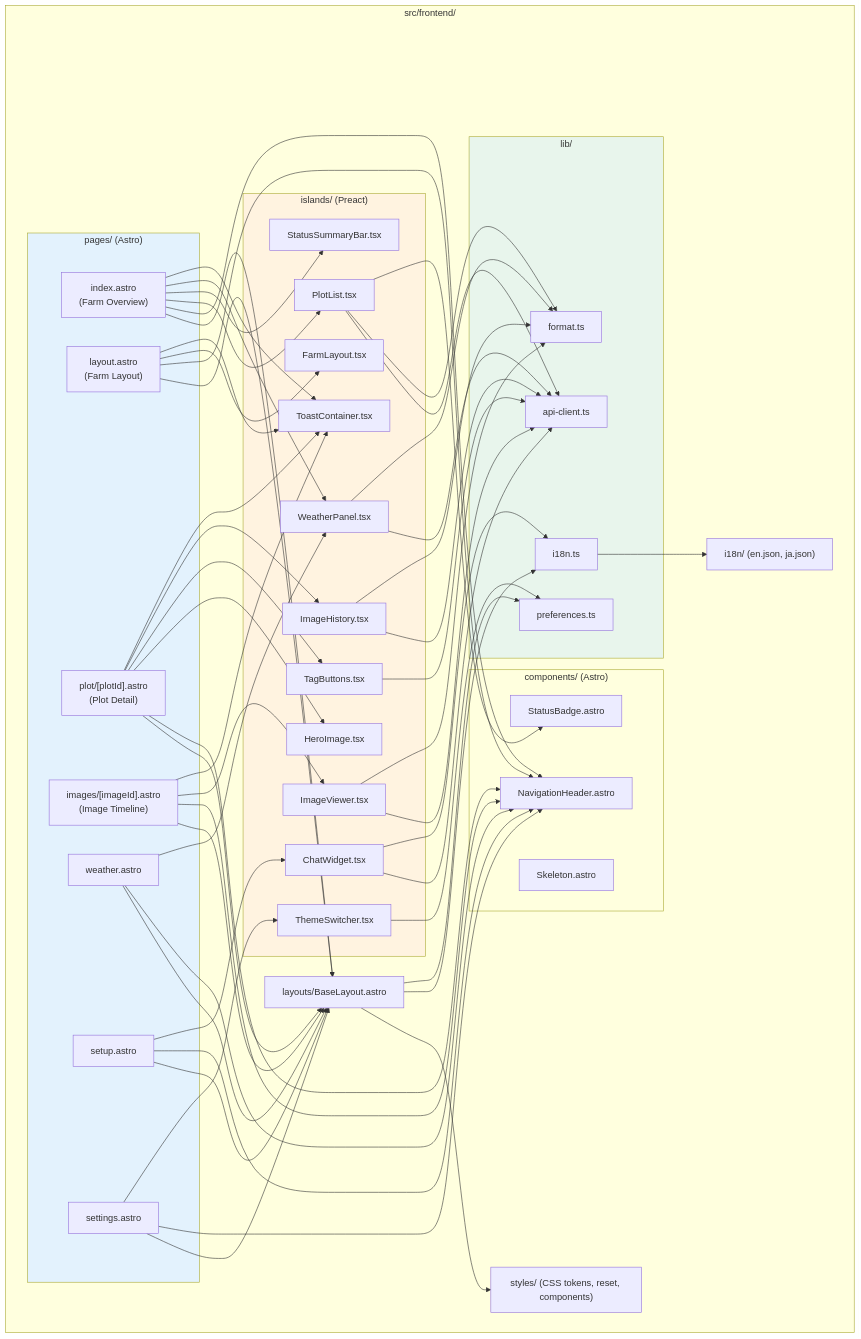
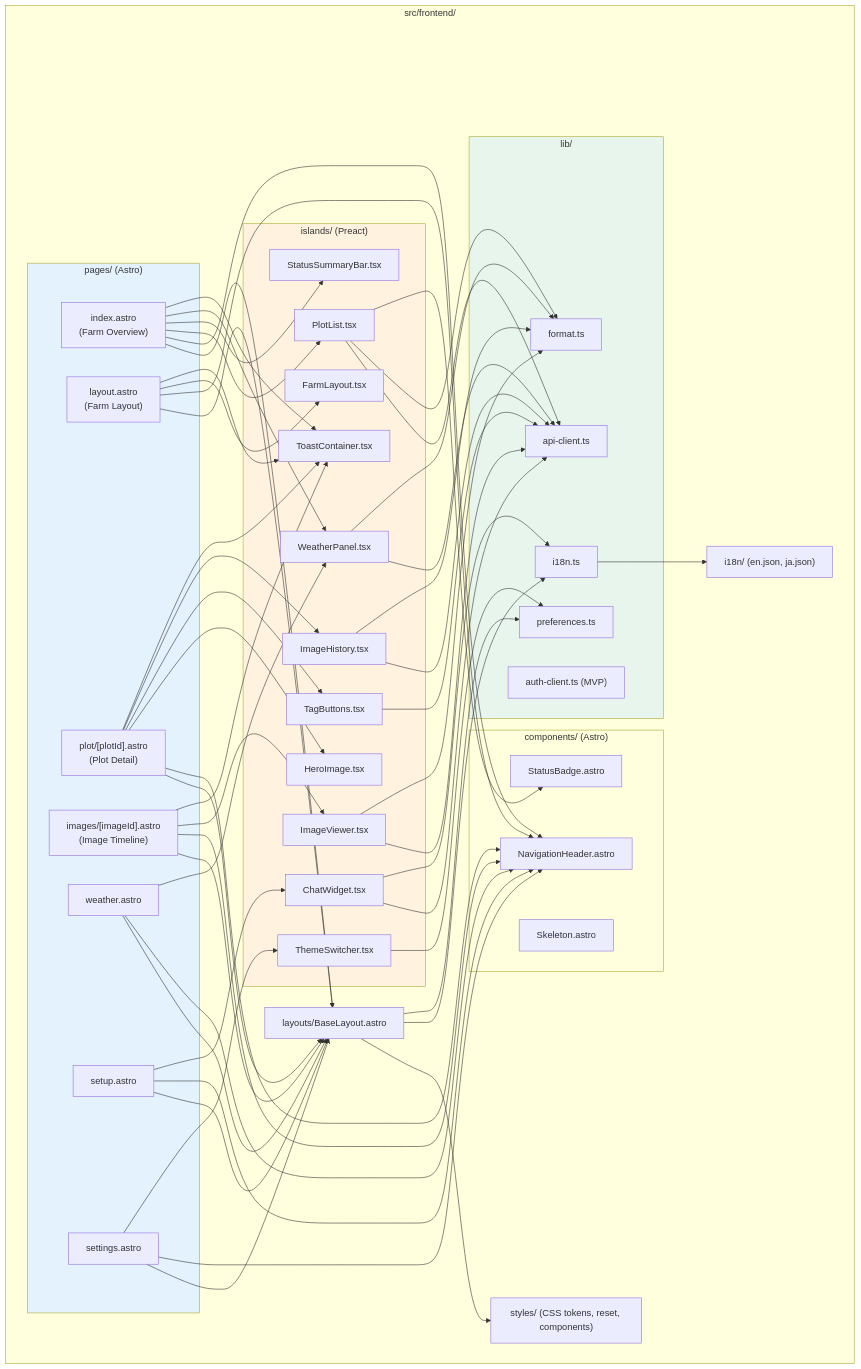
Diagram 19 of 19 in docs/SYSTEM-DESIGN.md (ashmuk/litcrop-public), drawn with Mermaid before and after one commit. The commit also changed other lines of this file and 8 other files, not shown here.

````diff
--- a/docs/SYSTEM-DESIGN.md
+++ b/docs/SYSTEM-DESIGN.md
@@ -1077,69 +1361,70 @@
 ```mermaid
 graph TD
     subgraph Frontend["src/frontend/"]
         subgraph Pages["pages/ (Astro)"]
             P_HOME["index.astro<br/>(Farm Overview)"]
             P_LAYOUT["layout.astro<br/>(Farm Layout)"]
             P_PLOT["plot/[plotId].astro<br/>(Plot Detail)"]
             P_IMAGE["images/[imageId].astro<br/>(Image Timeline)"]
             P_WEATHER["weather.astro"]
             P_SETUP["setup.astro"]
             P_SETTINGS["settings.astro"]
         end
 
         subgraph Islands["islands/ (Preact)"]
             I_PLOTLIST["PlotList.tsx"]
             I_STATUSBAR["StatusSummaryBar.tsx"]
             I_FARMLAY["FarmLayout.tsx"]
             I_HERO["HeroImage.tsx"]
             I_TAGS["TagButtons.tsx"]
             I_HISTORY["ImageHistory.tsx"]
             I_VIEWER["ImageViewer.tsx"]
             I_WEATHER["WeatherPanel.tsx"]
             I_CHAT["ChatWidget.tsx"]
             I_THEME["ThemeSwitcher.tsx"]
             I_TOAST["ToastContainer.tsx"]
         end
 
         subgraph Components["components/ (Astro)"]
             C_HEADER["NavigationHeader.astro"]
             C_SKELETON["Skeleton.astro"]
             C_BADGE["StatusBadge.astro"]
         end
 
         subgraph Lib["lib/"]
             L_API["api-client.ts"]
+            L_AUTH["auth-client.ts (MVP)"]
             L_I18N["i18n.ts"]
             L_PREFS["preferences.ts"]
             L_FORMAT["format.ts"]
         end
 
         LAYOUT["layouts/BaseLayout.astro"]
         STYLES["styles/ (CSS tokens, reset, components)"]
         I18N_FILES["i18n/ (en.json, ja.json)"]
     end
 
     P_HOME --> LAYOUT & C_HEADER & I_PLOTLIST & I_STATUSBAR & I_WEATHER & I_TOAST
     P_LAYOUT --> LAYOUT & C_HEADER & I_FARMLAY & I_TOAST
     P_PLOT --> LAYOUT & C_HEADER & I_HERO & I_TAGS & I_HISTORY & I_TOAST
     P_IMAGE --> LAYOUT & C_HEADER & I_VIEWER & I_TOAST
     P_WEATHER --> LAYOUT & C_HEADER & I_WEATHER
     P_SETUP --> LAYOUT & C_HEADER & I_CHAT
     P_SETTINGS --> LAYOUT & C_HEADER & I_THEME
 
     LAYOUT --> STYLES & L_I18N & L_PREFS
 
     I_PLOTLIST --> L_API & L_FORMAT & C_BADGE
     I_TAGS --> L_API
     I_HISTORY --> L_API & L_FORMAT
     I_VIEWER --> L_API & L_FORMAT
     I_WEATHER --> L_API & L_FORMAT
     I_CHAT --> L_API & L_I18N
     I_THEME --> L_PREFS
 
     L_I18N --> I18N_FILES
 
     style Pages fill:#E3F2FD
     style Islands fill:#FFF3E0
     style Lib fill:#E8F5EC
 ```
````
